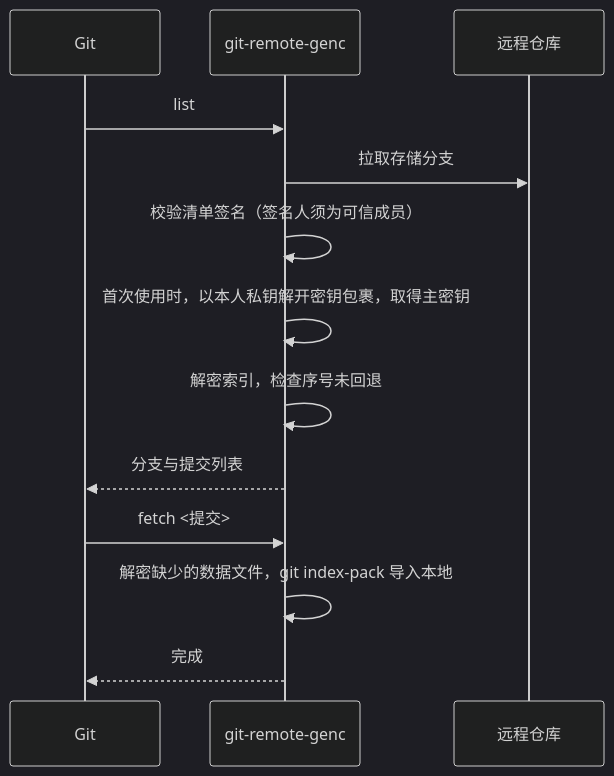
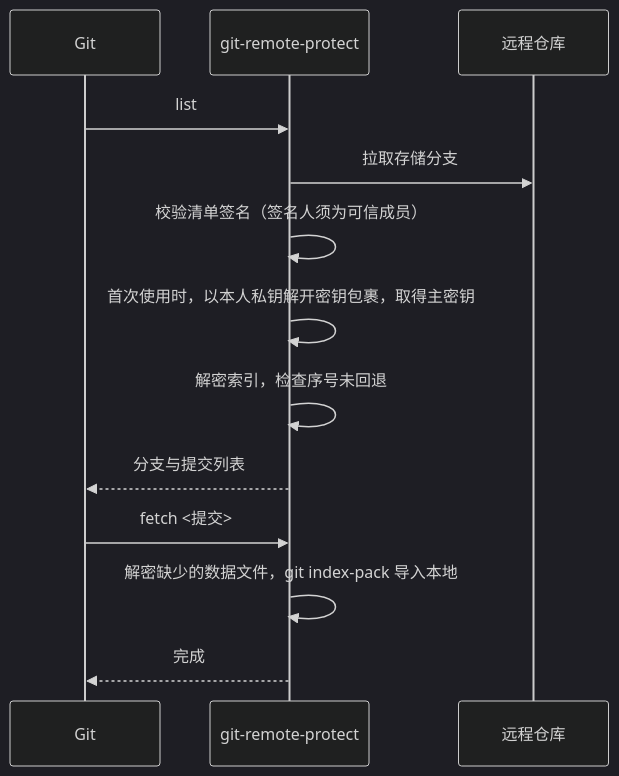
Before and after one commit to MyCodeKits/git-protect-extension: the second of 2 diagrams in README.md, drawn with Mermaid (dark theme). The commit also changed other lines of this file and 20 other files, not shown here.

First line of the commit message:
Rename to Git Protect and restructure the README

````diff
--- a/README.md
+++ b/README.md
@@ -354,15 +410,15 @@
 ```mermaid
 sequenceDiagram
     participant G as Git
-    participant H as git-remote-genc
+    participant H as git-remote-protect
     participant R as 远程仓库
     G->>H: list
     H->>R: 拉取存储分支
     H->>H: 校验清单签名（签名人须为可信成员）
     H->>H: 首次使用时，以本人私钥解开密钥包裹，取得主密钥
     H->>H: 解密索引，检查序号未回退
     H-->>G: 分支与提交列表
     G->>H: fetch <提交>
     H->>H: 解密缺少的数据文件，git index-pack 导入本地
     H-->>G: 完成
 ```
````
